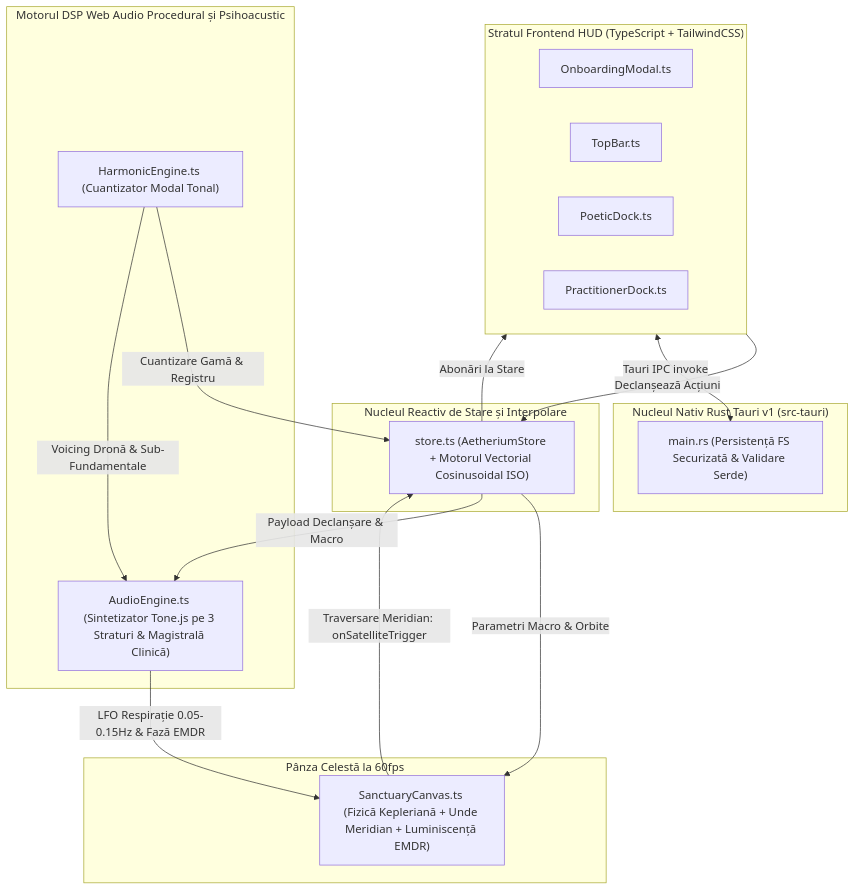
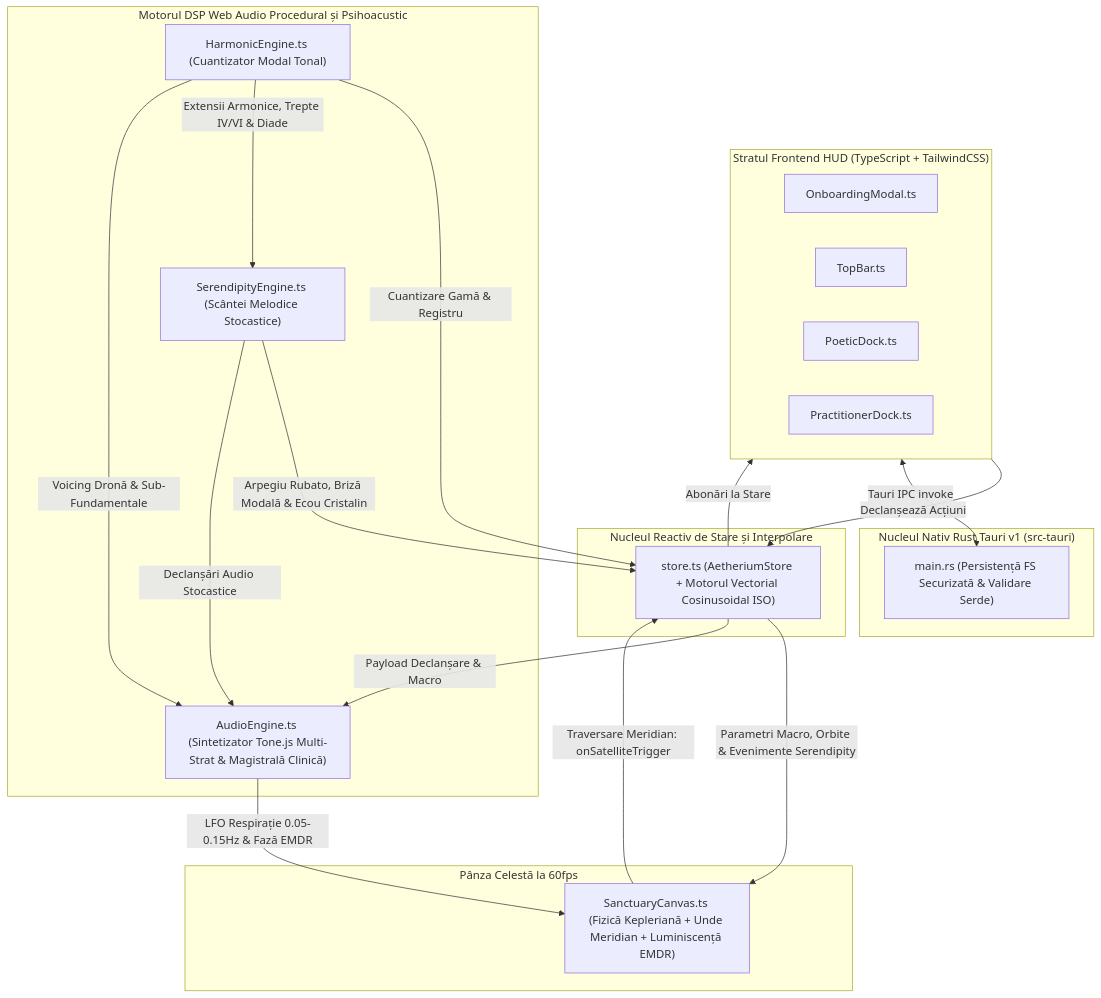
One commit to voidwave-lab/Aetherium changed the first of 2 diagrams in README.ro.md. Above: the diagram before and after it, drawn with Mermaid. The commit also changed other lines of this file and 8 other files, not shown here.

````diff
--- a/README.ro.md
+++ b/README.ro.md
@@ -121,36 +124,40 @@
 ```mermaid
 flowchart TD
     subgraph UI["Stratul Frontend HUD (TypeScript + TailwindCSS)"]
         OM["OnboardingModal.ts"]
         TB["TopBar.ts"]
         PD["PoeticDock.ts"]
         PRD["PractitionerDock.ts"]
     end
 
     subgraph STATE["Nucleul Reactiv de Stare și Interpolare"]
         ST["store.ts (AetheriumStore + Motorul Vectorial Cosinusoidal ISO)"]
     end
 
     subgraph VISUAL["Pânza Celestă la 60fps"]
         SC["SanctuaryCanvas.ts (Fizică Kepleriană + Unde Meridian + Luminiscență EMDR)"]
     end
 
     subgraph AUDIO["Motorul DSP Web Audio Procedural și Psihoacustic"]
         HE["HarmonicEngine.ts (Cuantizator Modal Tonal)"]
-        AE["AudioEngine.ts (Sintetizator Tone.js pe 3 Straturi & Magistrală Clinică)"]
+        SE["SerendipityEngine.ts (Scântei Melodice Stocastice)"]
+        AE["AudioEngine.ts (Sintetizator Tone.js Multi-Strat & Magistrală Clinică)"]
     end
 
     subgraph NATIVE["Nucleul Nativ Rust Tauri v1 (src-tauri)"]
         RS["main.rs (Persistență FS Securizată & Validare Serde)"]
     end
 
     UI -->|Declanșează Acțiuni| ST
     ST -->|Abonări la Stare| UI
-    ST -->|Parametri Macro & Orbite| SC
+    ST -->|Parametri Macro, Orbite & Evenimente Serendipity| SC
     SC -->|Traversare Meridian: onSatelliteTrigger| ST
+    SE -->|Arpegiu Rubato, Briză Modală & Ecou Cristalin| ST
+    SE -->|Declanșări Audio Stocastice| AE
     ST -->|Payload Declanșare & Macro| AE
     HE -->|Cuantizare Gamă & Registru| ST
+    HE -->|Extensii Armonice, Trepte IV/VI & Diade| SE
     HE -->|Voicing Dronă & Sub-Fundamentale| AE
     AE -->|LFO Respirație 0.05-0.15Hz & Fază EMDR| SC
     UI <-->|Tauri IPC invoke| RS
 ```
````
